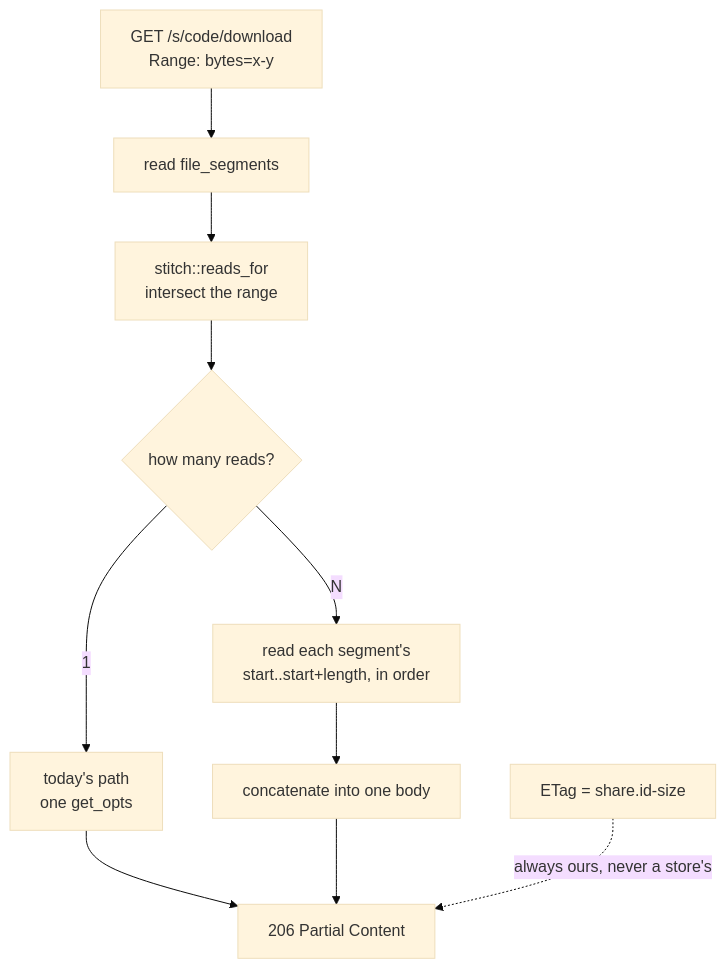
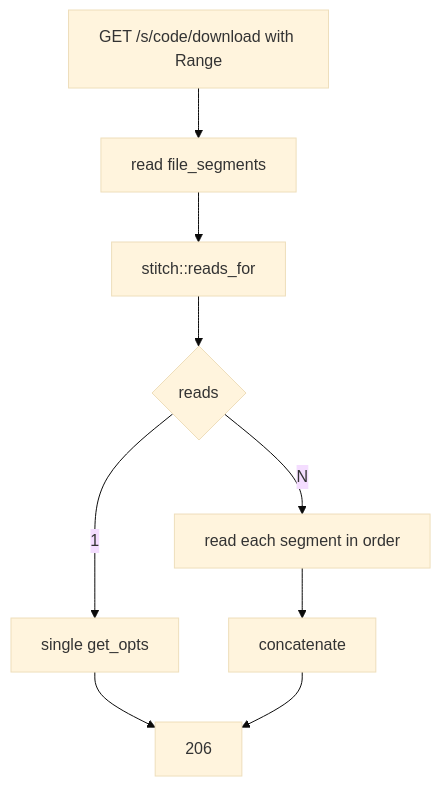
Before and after one commit to Limatura/tessera: the second of 2 diagrams in docs/splitting.md, drawn with Mermaid (base theme). The commit also changed other lines of this file and 26 other files, not shown here.

````diff
--- a/docs/splitting.md
+++ b/docs/splitting.md
@@ -68,12 +69,11 @@
 ```mermaid
 flowchart TD
-    A[GET /s/code/download<br/>Range: bytes=x-y] --> B[read file_segments]
-    B --> C[stitch::reads_for<br/>intersect the range]
-    C --> D{how many reads?}
-    D -->|1| E[today's path<br/>one get_opts]
-    D -->|N| F[read each segment's<br/>start..start+length, in order]
-    F --> G[concatenate into one body]
-    E --> H[206 Partial Content]
+    A[GET /s/code/download with Range] --> B[read file_segments]
+    B --> C[stitch::reads_for]
+    C --> D{reads}
+    D -->|1| E[single get_opts]
+    D -->|N| F[read each segment in order]
+    F --> G[concatenate]
+    E --> H[206]
     G --> H
-    I[ETag = share.id-size] -.always ours, never a store's.-> H
 ```
````
